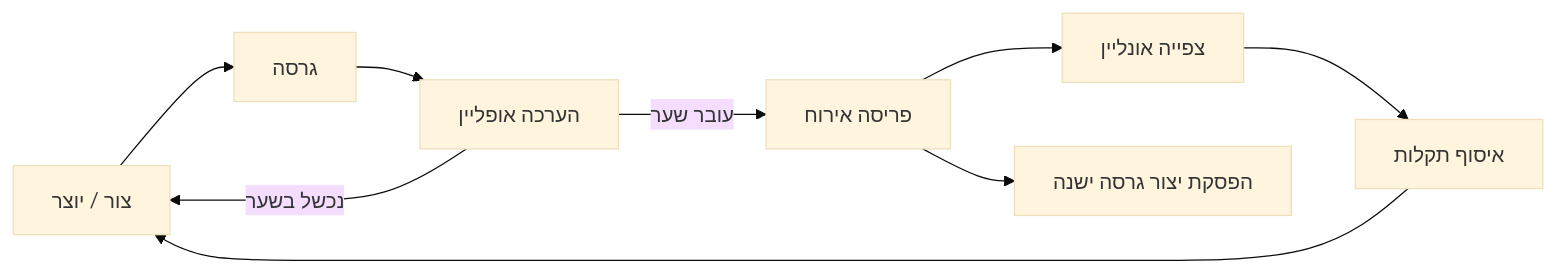
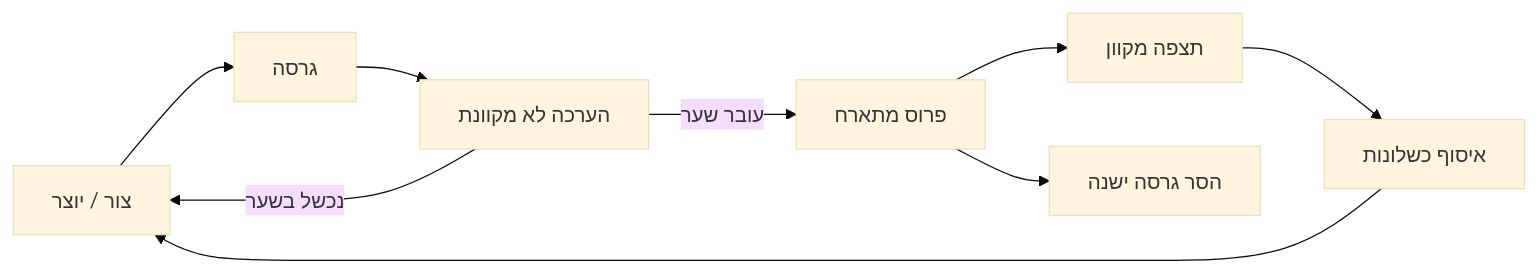
One commit to gabrielmoreira/agent-skills-mirror changed the second of 4 diagrams in mirrors/repos/microsoft@ai-agents-for-beginners/translations/he/16-deploying-scalable-agents/README.md. Above: the diagram before and after it, drawn with Mermaid (base theme). The commit also changed other lines of this file and 3581 other files, not shown here.

````diff
--- a/mirrors/repos/microsoft@ai-agents-for-beginners/translations/he/16-deploying-scalable-agents/README.md
+++ b/mirrors/repos/microsoft@ai-agents-for-beginners/translations/he/16-deploying-scalable-agents/README.md
@@ -108,11 +108,11 @@
 ```mermaid
 flowchart LR
     Create[צור / יוצר] --> Version[גרסה]
-    Version --> Evaluate[הערכה אופליין]
-    Evaluate -->|עובר שער| Deploy[פריסה אירוח]
+    Version --> Evaluate[הערכה לא מקוונת]
+    Evaluate -->|עובר שער| Deploy[פרוס מתארח]
     Evaluate -->|נכשל בשער| Create
-    Deploy --> Observe[צפייה אונליין]
-    Observe --> Improve[איסוף תקלות]
+    Deploy --> Observe[תצפה מקוון]
+    Observe --> Improve[איסוף כשלונות]
     Improve --> Create
-    Deploy --> Retire[הפסקת יצור גרסה ישנה]
+    Deploy --> Retire[הסר גרסה ישנה]
 ```
````
